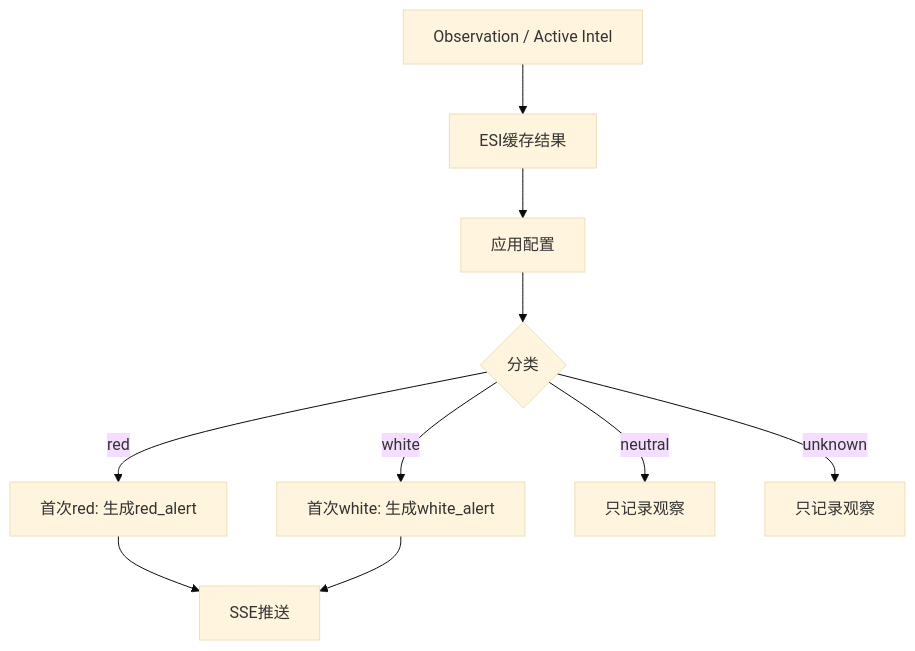
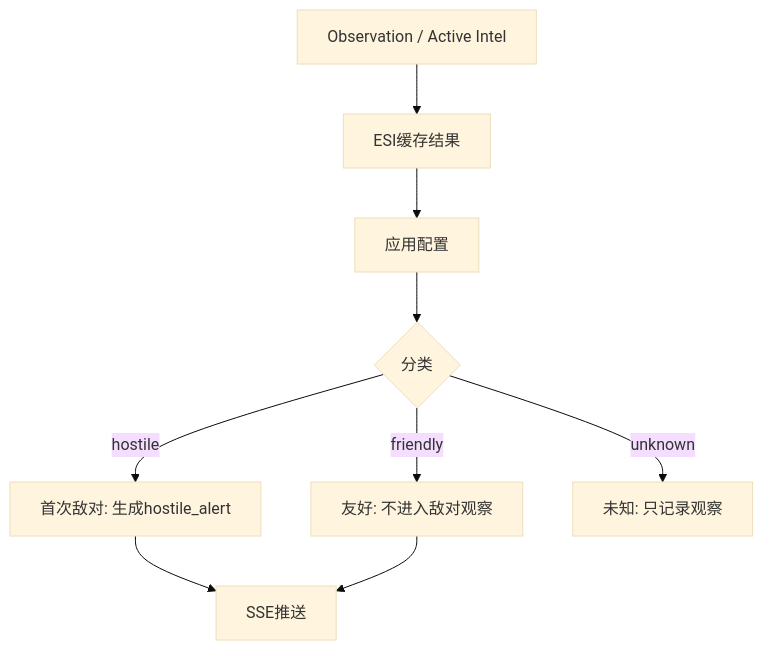
One commit to xiaqijun/eve-sentry changed the fifth of 7 diagrams in docs/intel-workflows.md. Above: the diagram before and after it, drawn with Mermaid (base theme). The commit also changed other lines of this file and 9 other files, not shown here.

````diff
--- a/docs/intel-workflows.md
+++ b/docs/intel-workflows.md
@@ -130,12 +132,11 @@
 ```mermaid
 flowchart TD
   A["Observation / Active Intel"] --> B["ESI缓存结果"]
   B --> C["应用配置"]
   C --> D{"分类"}
-  D -- red --> R["首次red: 生成red_alert"]
-  D -- white --> W["首次white: 生成white_alert"]
-  D -- neutral --> N["只记录观察"]
-  D -- unknown --> U["只记录观察"]
+  D -- hostile --> R["首次敌对: 生成hostile_alert"]
+  D -- friendly --> W["友好: 不进入敌对观察"]
+  D -- unknown --> U["未知: 只记录观察"]
   R --> P["SSE推送"]
   W --> P
 ```
````
